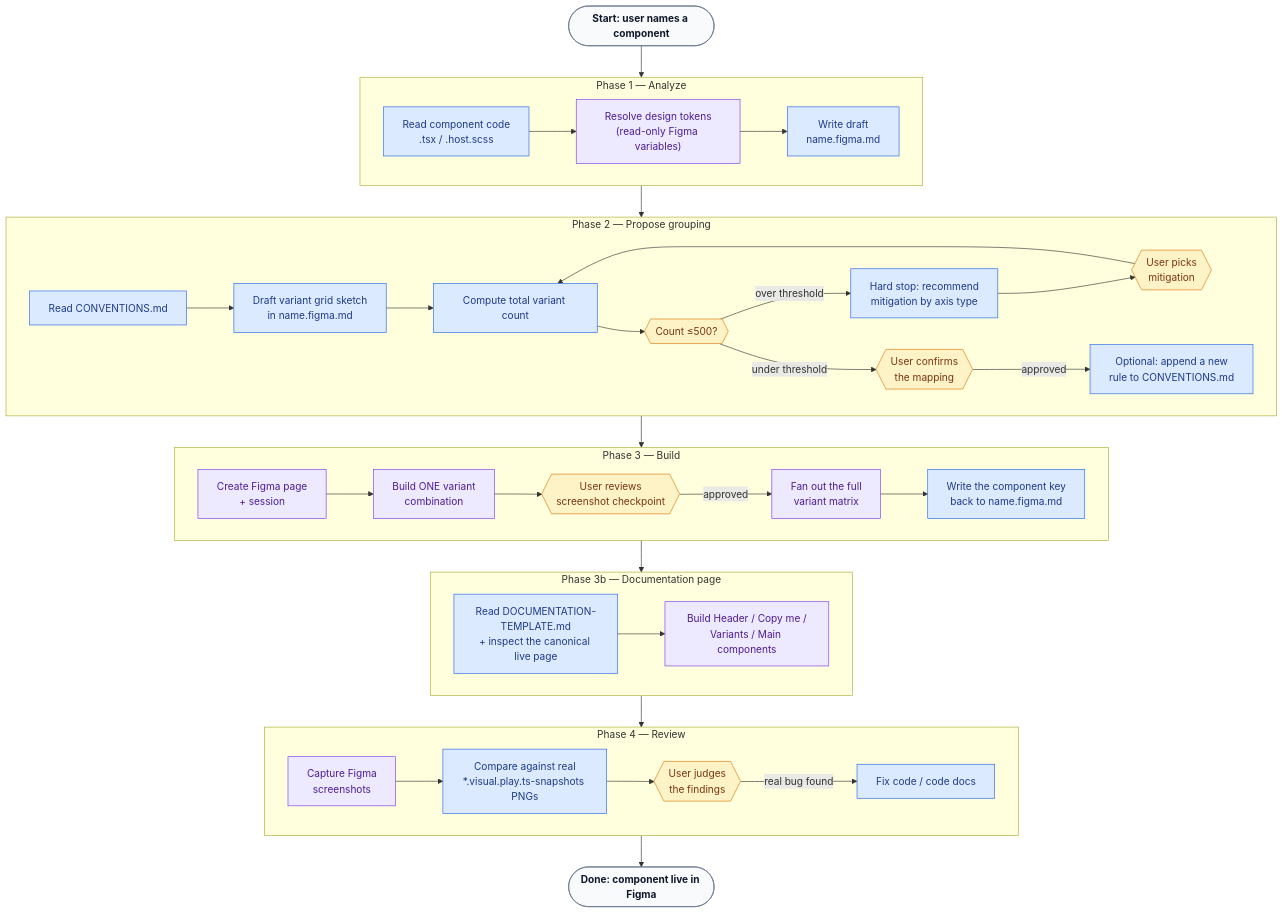
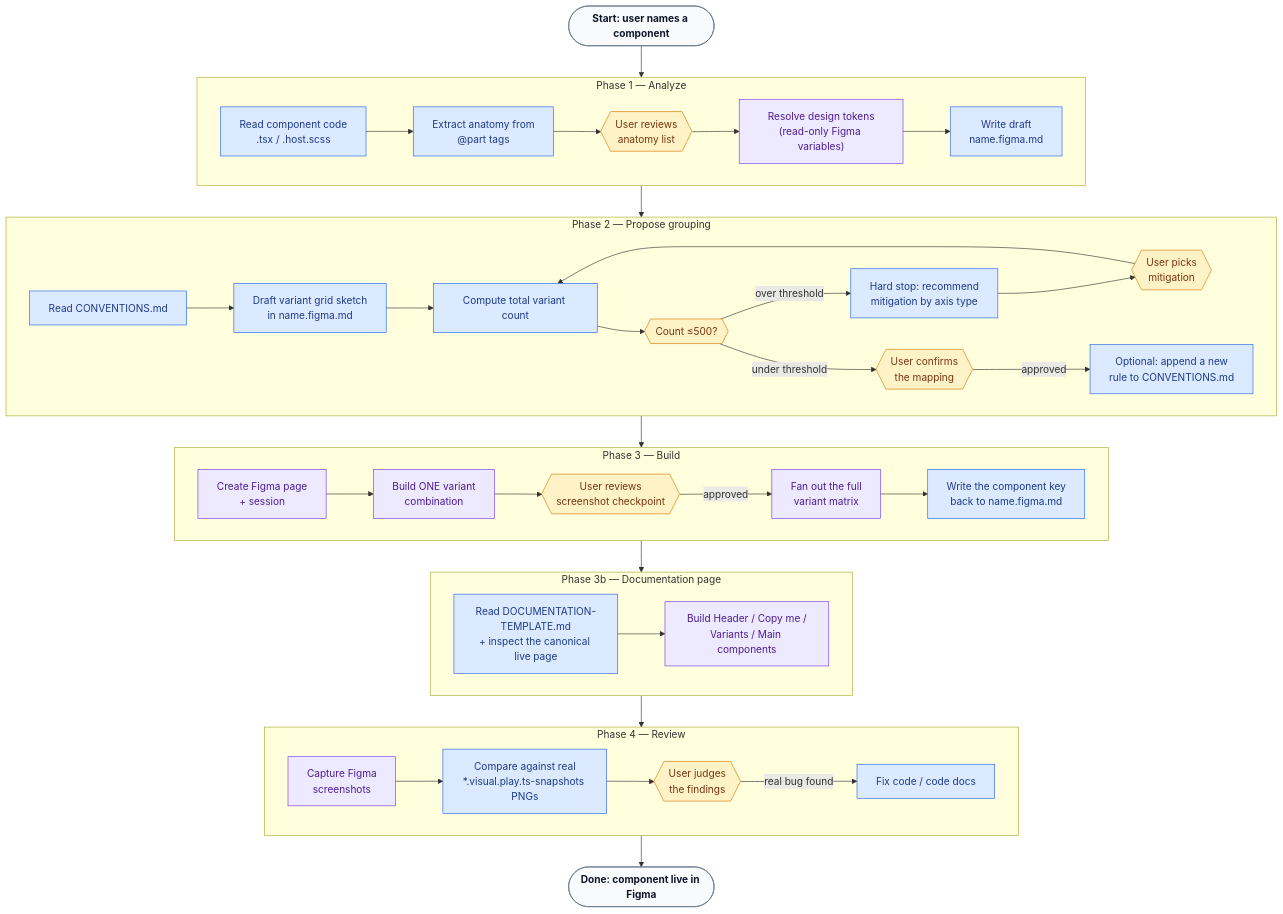
Before and after one commit to helvetia-design/system: the diagram in .claude/skills/ds-figma-component/SKILL.md, drawn with Mermaid. The commit also changed other lines of this file and 4 other files, not shown here.

````diff
--- a/.claude/skills/ds-figma-component/SKILL.md
+++ b/.claude/skills/ds-figma-component/SKILL.md
@@ -25,57 +25,59 @@
 ```mermaid
 flowchart TD
     classDef code fill:#dbeafe,stroke:#2563eb,color:#1e3a8a
     classDef figma fill:#ede9fe,stroke:#7c3aed,color:#4c1d95
     classDef human fill:#fef3c7,stroke:#d97706,color:#78350f
     classDef phase fill:#f8fafc,stroke:#64748b,color:#0f172a,font-weight:bold
 
     Start(["Start: user names a component"]):::phase --> P1G
 
     subgraph P1G["Phase 1 — Analyze"]
         direction LR
-        P1a["Read component code<br/>.tsx / .host.scss"]:::code --> P1b["Resolve design tokens<br/>(read-only Figma variables)"]:::figma
+        P1a["Read component code<br/>.tsx / .host.scss"]:::code --> P1anat["Extract anatomy from<br/>@part tags"]:::code
+        P1anat --> P1anatC{{"User reviews<br/>anatomy list"}}:::human
+        P1anatC --> P1b["Resolve design tokens<br/>(read-only Figma variables)"]:::figma
         P1b --> P1c["Write draft<br/>name.figma.md"]:::code
     end
 
     P1G --> P2G
 
     subgraph P2G["Phase 2 — Propose grouping"]
         direction LR
         P2a["Read CONVENTIONS.md"]:::code --> P2b["Draft variant grid sketch<br/>in name.figma.md"]:::code
         P2b --> P2v["Compute total variant count"]:::code
         P2v --> P2check{{"Count ≤500?"}}:::human
         P2check -->|over threshold| P2w["Hard stop: recommend<br/>mitigation by axis type"]:::code
         P2w --> P2x{{"User picks<br/>mitigation"}}:::human
         P2x --> P2v
         P2check -->|under threshold| P2c{{"User confirms<br/>the mapping"}}:::human
         P2c -->|approved| P2d["Optional: append a new<br/>rule to CONVENTIONS.md"]:::code
     end
 
     P2G --> P3G
 
     subgraph P3G["Phase 3 — Build"]
         direction LR
         P3a["Create Figma page<br/>+ session"]:::figma --> P3b["Build ONE variant<br/>combination"]:::figma
         P3b --> P3c{{"User reviews<br/>screenshot checkpoint"}}:::human
         P3c -->|approved| P3d["Fan out the full<br/>variant matrix"]:::figma
         P3d --> P3e["Write the component key<br/>back to name.figma.md"]:::code
     end
 
     P3G --> P3bG
 
     subgraph P3bG["Phase 3b — Documentation page"]
         direction LR
         P3ba["Read DOCUMENTATION-TEMPLATE.md<br/>+ inspect the canonical live page"]:::code --> P3bb["Build Header / Copy me /<br/>Variants / Main components"]:::figma
     end
 
     P3bG --> P4G
 
     subgraph P4G["Phase 4 — Review"]
         direction LR
         P4a["Capture Figma<br/>screenshots"]:::figma --> P4b["Compare against real<br/>*.visual.play.ts-snapshots PNGs"]:::code
         P4b --> P4c{{"User judges<br/>the findings"}}:::human
         P4c -->|real bug found| P4d["Fix code / code docs"]:::code
     end
 
     P4G --> Done(["Done: component live in Figma"]):::phase
 ```
````
